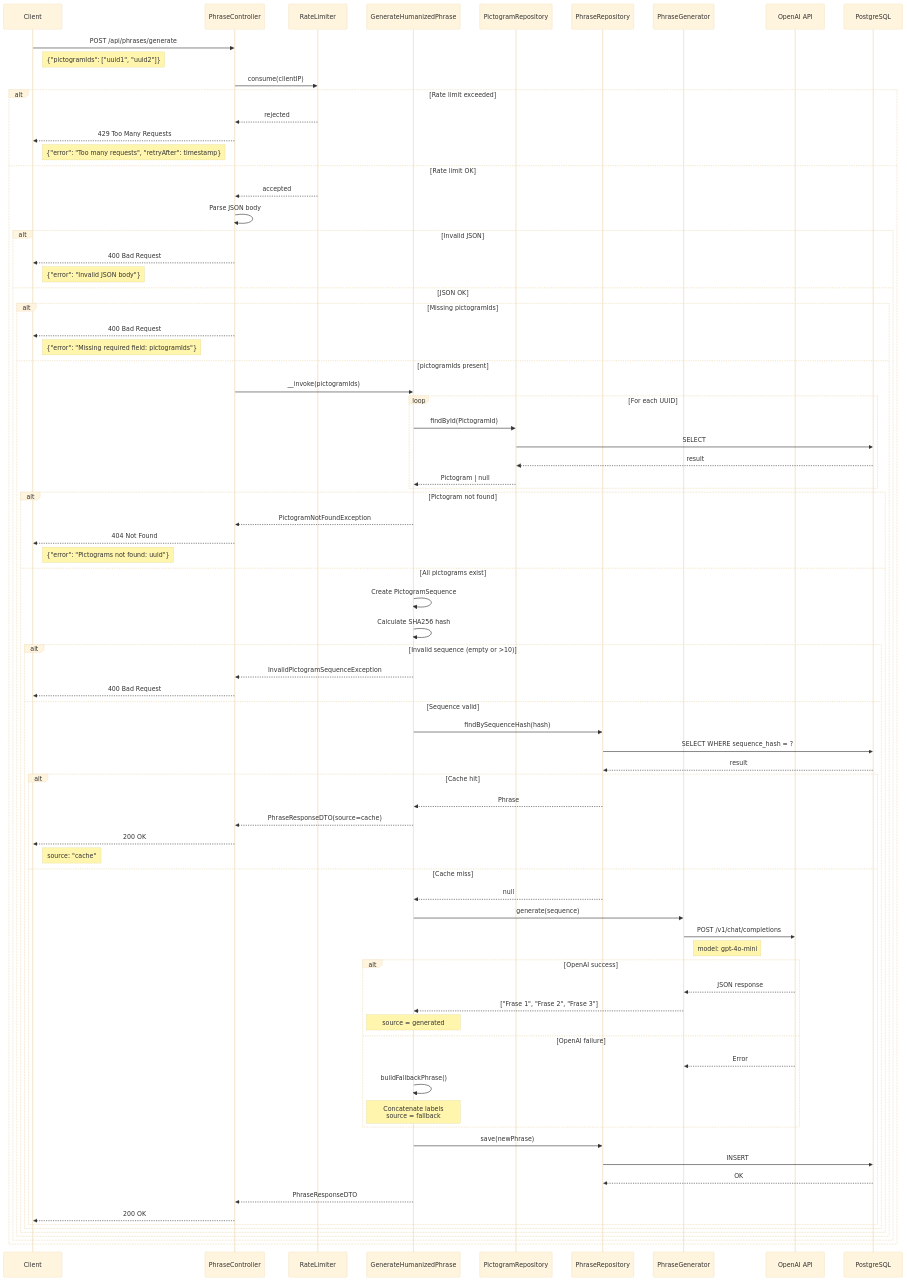
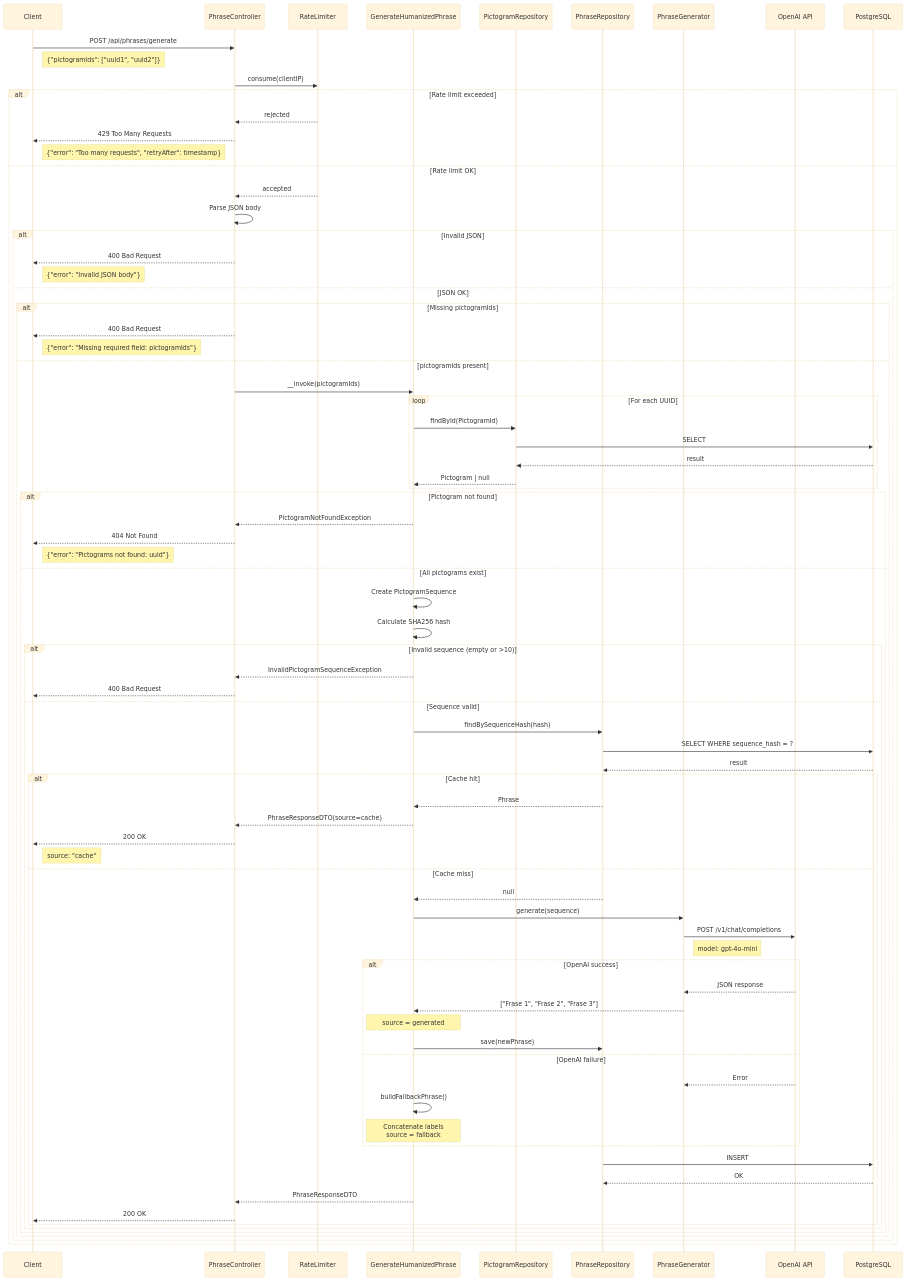
The first of 6 diagrams in docs/diagrams/api-flow.md (luismiglezmohino/HablaIA), drawn with Mermaid (base theme) before and after one commit. The commit also changed other lines of this file and 13 other files, not shown here.

```diff
--- a/docs/diagrams/api-flow.md
+++ b/docs/diagrams/api-flow.md
@@ -93,14 +93,12 @@
                                 OpenAI-->>Gen: JSON response
                                 Gen-->>UC: ["Frase 1", "Frase 2", "Frase 3"]
                                 Note over UC: source = generated
+                                UC->>PhrRepo: save(newPhrase)
                             else OpenAI failure
                                 OpenAI-->>Gen: Error
                                 UC->>UC: buildFallbackPhrase()
                                 Note over UC: Concatenate labels<br/>source = fallback
                             end
-
-                            %% Save to cache
-                            UC->>PhrRepo: save(newPhrase)
                             PhrRepo->>DB: INSERT
                             DB-->>PhrRepo: OK
 
```
